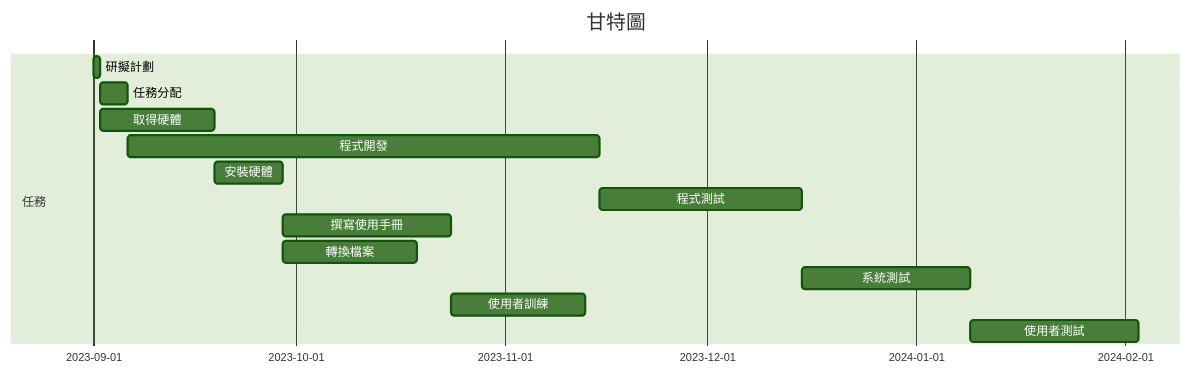
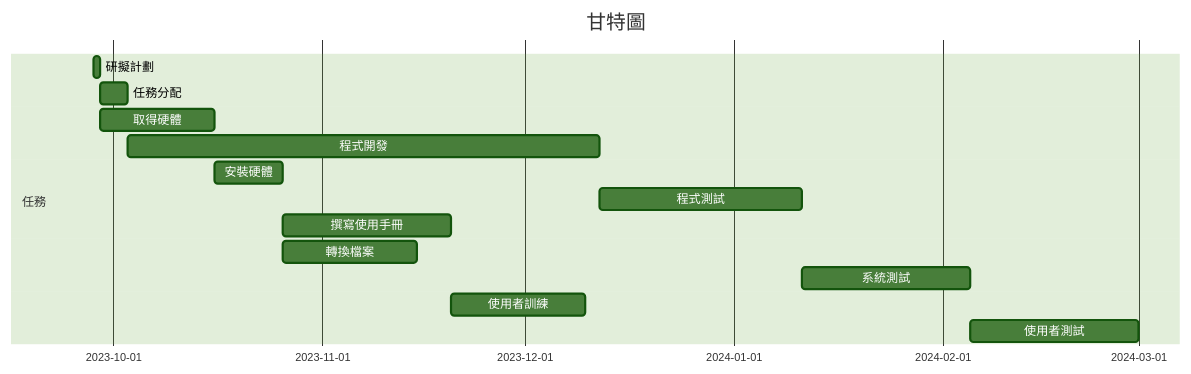
Before and after one commit to C110118128/C110118128: the diagram in HW2.md, drawn with Mermaid (forest theme). The commit also changed other lines of this file, not shown here.

````diff
--- a/HW2.md
+++ b/HW2.md
@@ -2,17 +2,17 @@
 ```mermaid
 gantt
     title 甘特圖
 
     section 任務
-    研擬計劃     :a1, 2023-09-01, 1d
+    研擬計劃     :a1, 2023-09-28, 1d
     任務分配     :a2, after a1  , 4d
     取得硬體     :a3, after a1  , 17d
     程式開發     :a4, after a2  , 70d
     安裝硬體     :a5, after a3  , 10d
     程式測試     :a6, after a4  , 30d
     撰寫使用手冊 :a7, after a5  , 25d
     轉換檔案     :a8, after a5  , 20d
     系統測試     :a9, after a6  , 25d
     使用者訓練   :a10, after a7  , 20d
     使用者測試   :a11, after a9  , 25d
 ```
````
